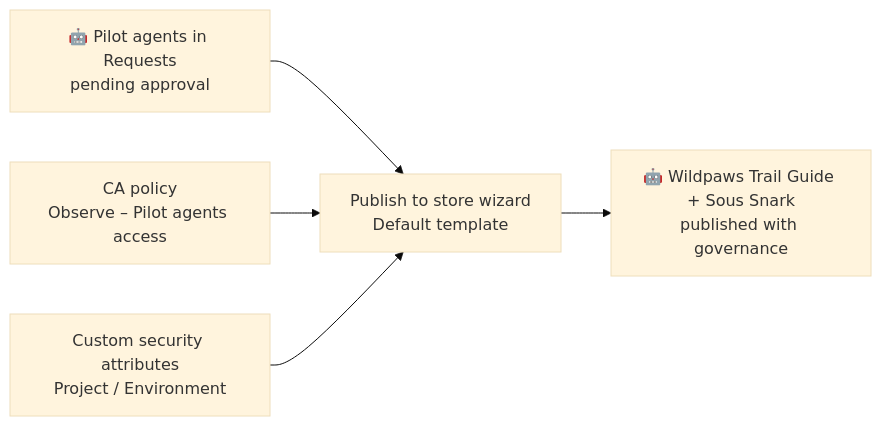
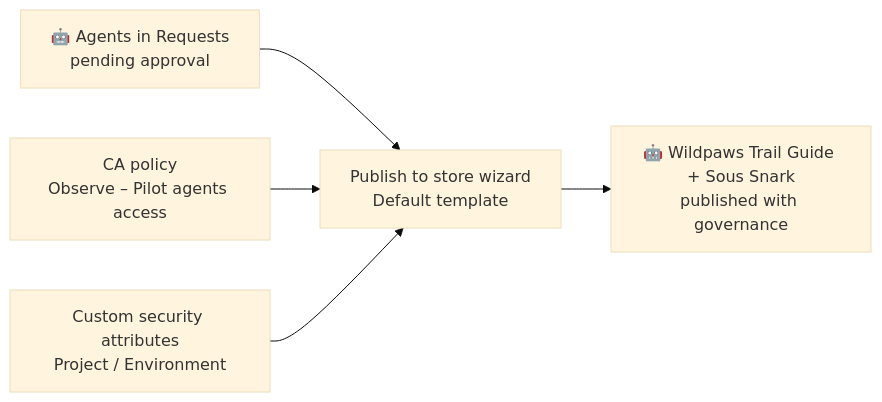
One commit to mpram/bootcamp changed the diagram in Sol-Eng-Bootcamp/A365/Agent-365-Custom-Template.md. Above: the diagram before and after it, drawn with Mermaid (base theme). The commit also changed other lines of this file and 8 other files, not shown here.

````diff
--- a/Sol-Eng-Bootcamp/A365/Agent-365-Custom-Template.md
+++ b/Sol-Eng-Bootcamp/A365/Agent-365-Custom-Template.md
@@ -7,7 +7,7 @@
 ```mermaid
 flowchart LR
-  R1[🤖 Pilot agents in Requests<br/>pending approval] --> P[Publish to store wizard<br/>Default template]
+  R1[🤖 Agents in Requests<br/>pending approval] --> P[Publish to store wizard<br/>Default template]
   P1[CA policy<br/>Observe – Pilot agents access] --> P
   P2[Custom security attributes<br/>Project / Environment] --> P
   P --> R[🤖 Wildpaws Trail Guide + Sous Snark<br/>published with governance]
 ```
````
